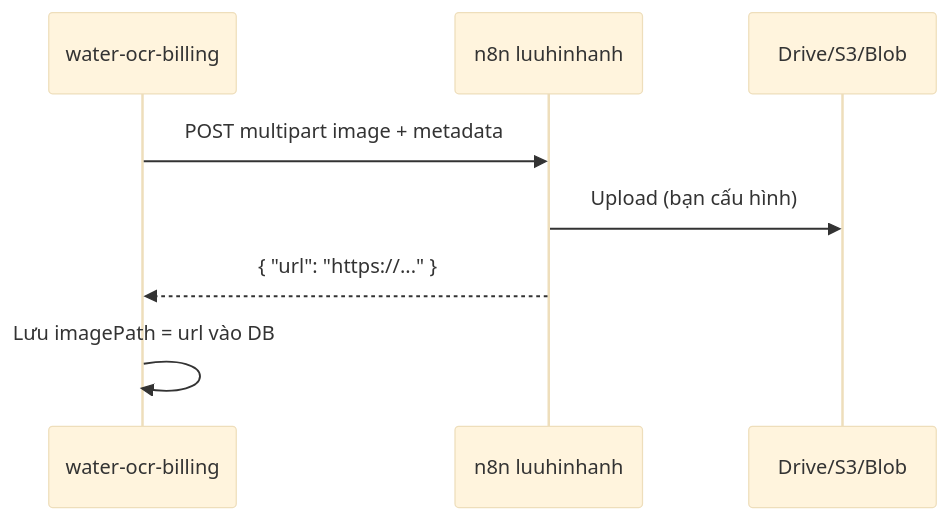
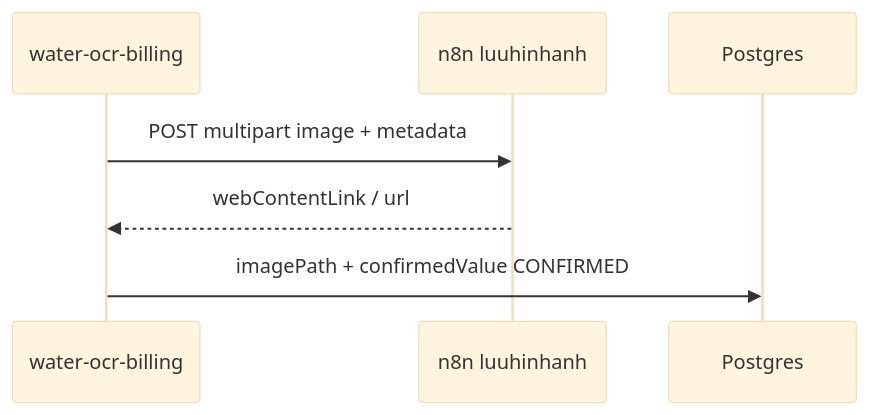
Before and after one commit to siberbk585-coder/water-ocr-billing: the second of 2 diagrams in docs/n8n/upload-image-mcp.md, drawn with Mermaid (base theme). The commit also changed other lines of this file and 4 other files, not shown here.

````diff
--- a/docs/n8n/upload-image-mcp.md
+++ b/docs/n8n/upload-image-mcp.md
@@ -11,11 +30,10 @@
 ```mermaid
 sequenceDiagram
   participant App as water-ocr-billing
   participant N8n as n8n luuhinhanh
-  participant Store as Drive/S3/Blob
+  participant DB as Postgres
 
   App->>N8n: POST multipart image + metadata
-  N8n->>Store: Upload (bạn cấu hình)
-  N8n-->>App: { "url": "https://..." }
-  App->>App: Lưu imagePath = url vào DB
+  N8n-->>App: webContentLink / url
+  App->>DB: imagePath + confirmedValue CONFIRMED
 ```
````
